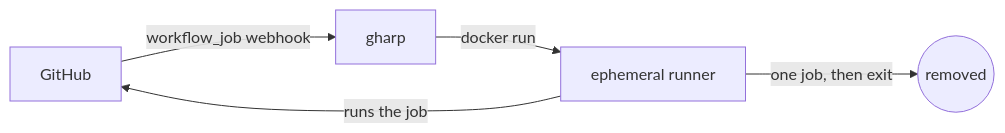
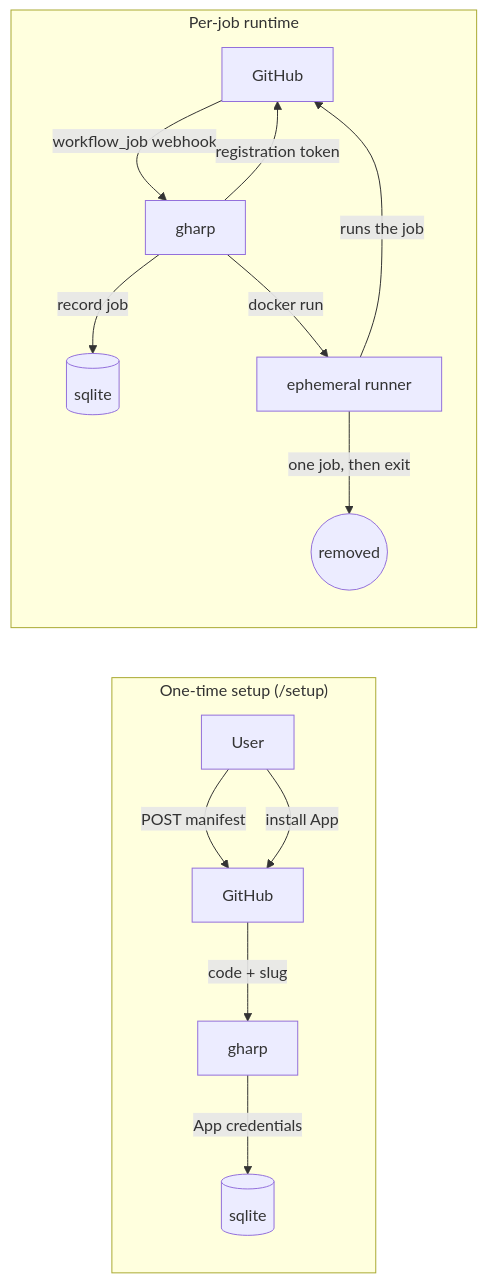
One commit to muhac/actions-runner-pool changed the diagram in README.md. Above: the diagram before and after it, drawn with Mermaid. The commit also changed other lines of this file, not shown here.

Commit message:
docs(README): expand mermaid diagram with one-time setup + per-job runtime subgraphs

````diff
--- a/README.md
+++ b/README.md
@@ -100,7 +98,18 @@
 ```mermaid
 flowchart LR
-    GH[GitHub] -- workflow_job webhook --> G[gharp]
-    G -- docker run --> R[ephemeral runner]
-    R -- one job, then exit --> X((removed))
-    R -- runs the job --> GH
+    subgraph setup["One-time setup (/setup)"]
+        U[User] -- POST manifest --> GH1[GitHub]
+        GH1 -- code + slug --> G1[gharp]
+        G1 -- App credentials --> DB[(sqlite)]
+        U -- install App --> GH1
+    end
+
+    subgraph runtime["Per-job runtime"]
+        GH2[GitHub] -- workflow_job webhook --> G2[gharp]
+        G2 -- record job --> DB2[(sqlite)]
+        G2 -- registration token --> GH2
+        G2 -- docker run --> R[ephemeral runner]
+        R -- runs the job --> GH2
+        R -- one job, then exit --> X((removed))
+    end
 ```
````
